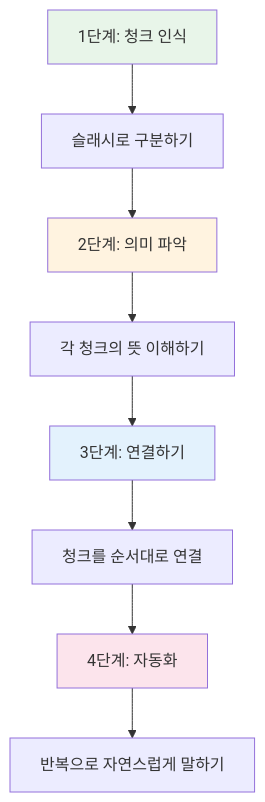
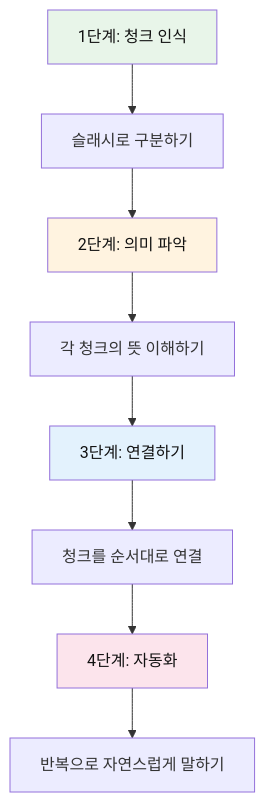
Diagram 12 of 13 in 영어_일상_회화/전설의_1_유아_회화_150패턴.md (Collegenie-X/AI-English), drawn with Mermaid before and after one commit. The commit also changed other lines of this file and 26 other files, not shown here.

````diff
--- a/영어_일상_회화/전설의_1_유아_회화_150패턴.md
+++ b/영어_일상_회화/전설의_1_유아_회화_150패턴.md
@@ -1186,15 +1427,15 @@
 ```mermaid
 flowchart TB
     A[1단계: 청크 인식] --> B[슬래시로 구분하기]
     B --> C[2단계: 의미 파악]
     C --> D[각 청크의 뜻 이해하기]
     D --> E[3단계: 연결하기]
     E --> F[청크를 순서대로 연결]
     F --> G[4단계: 자동화]
     G --> H[반복으로 자연스럽게 말하기]
     
-    style A fill:#e8f5e9
-    style C fill:#fff3e0
-    style E fill:#e3f2fd
-    style G fill:#fce4ec
+    style A fill:#e8f5e9,color:#111
+    style C fill:#fff3e0,color:#111
+    style E fill:#e3f2fd,color:#111
+    style G fill:#fce4ec,color:#111
 ```
````
